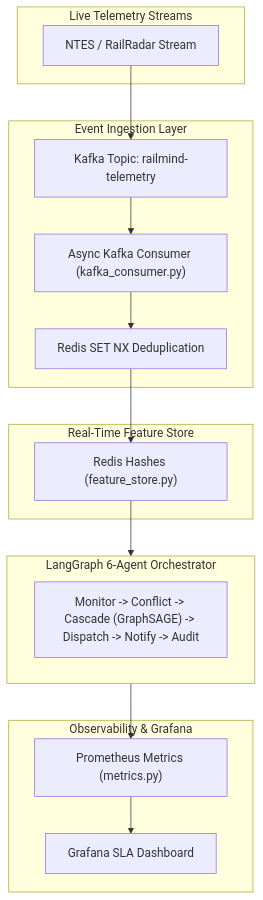
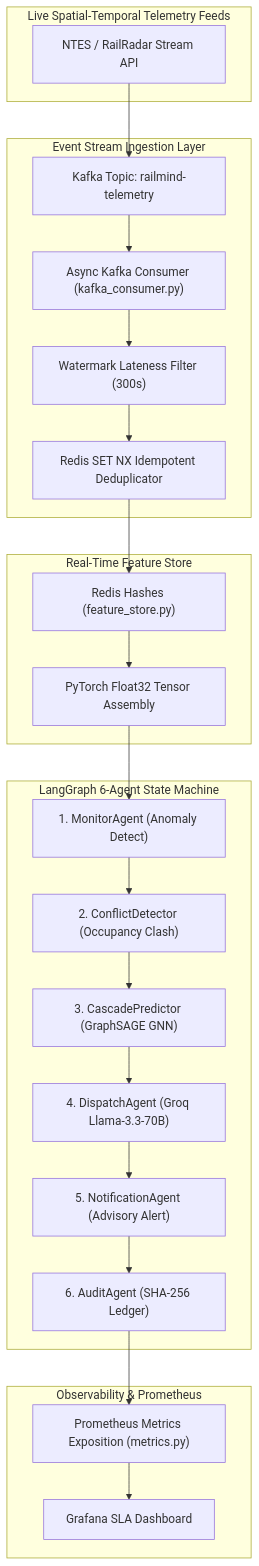
One commit to Gaurav711cgu/Rail_Mind changed the diagram in README.md. Above: the diagram before and after it, drawn with Mermaid. The commit also changed other lines of this file, not shown here.

Commit message:
docs: expand README with metric-driven SLAs, stream architecture diagram, and OS mechanics

````diff
--- a/README.md
+++ b/README.md
@@ -55,33 +54,42 @@
 ```mermaid
 flowchart TD
-    subgraph SOURCES["Live Telemetry Streams"]
-        NTES["NTES / RailRadar Stream"]
+    subgraph TELEMETRY["Live Spatial-Temporal Telemetry Feeds"]
+        NTES["NTES / RailRadar Stream API"]
     end
 
-    subgraph INGESTION["Event Ingestion Layer"]
+    subgraph INGESTION["Event Stream Ingestion Layer"]
         KAFKA["Kafka Topic: railmind-telemetry"]
         CONSUMER["Async Kafka Consumer (kafka_consumer.py)"]
-        DEDUP["Redis SET NX Deduplication"]
+        WATERMARK["Watermark Lateness Filter (300s)"]
+        DEDUP["Redis SET NX Idempotent Deduplicator"]
     end
 
     subgraph FEATURE_STORE["Real-Time Feature Store"]
         REDIS["Redis Hashes (feature_store.py)"]
+        TENSOR["PyTorch Float32 Tensor Assembly"]
     end
 
-    subgraph AGENTS["LangGraph 6-Agent Orchestrator"]
-        ORCH["Monitor -> Conflict -> Cascade (GraphSAGE) -> Dispatch -> Notify -> Audit"]
+    subgraph AGENTS["LangGraph 6-Agent State Machine"]
+        MONITOR["1. MonitorAgent (Anomaly Detect)"]
+        CONFLICT["2. ConflictDetector (Occupancy Clash)"]
+        CASCADE["3. CascadePredictor (GraphSAGE GNN)"]
+        DISPATCH["4. DispatchAgent (Groq Llama-3.3-70B)"]
+        NOTIFY["5. NotificationAgent (Advisory Alert)"]
+        AUDIT["6. AuditAgent (SHA-256 Ledger)"]
     end
 
-    subgraph METRICS["Observability & Grafana"]
-        PROM["Prometheus Metrics (metrics.py)"]
+    subgraph METRICS["Observability & Prometheus"]
+        PROM["Prometheus Metrics Exposition (metrics.py)"]
         GRAF["Grafana SLA Dashboard"]
     end
 
     NTES --> KAFKA
     KAFKA --> CONSUMER
-    CONSUMER --> DEDUP
+    CONSUMER --> WATERMARK
+    WATERMARK --> DEDUP
     DEDUP --> REDIS
-    REDIS --> AGENTS
-    AGENTS --> PROM
-    PROM --> GRAF
+    REDIS --> TENSOR
+    TENSOR --> MONITOR
+    MONITOR --> CONFLICT --> CASCADE --> DISPATCH --> NOTIFY --> AUDIT
+    AUDIT --> PROM --> GRAF
 ```
````
